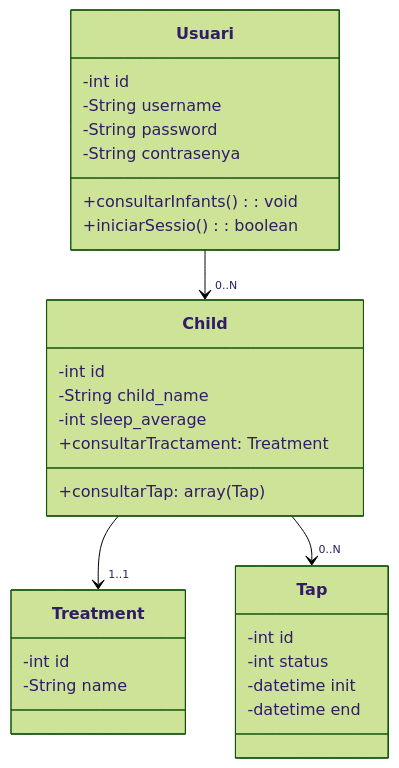
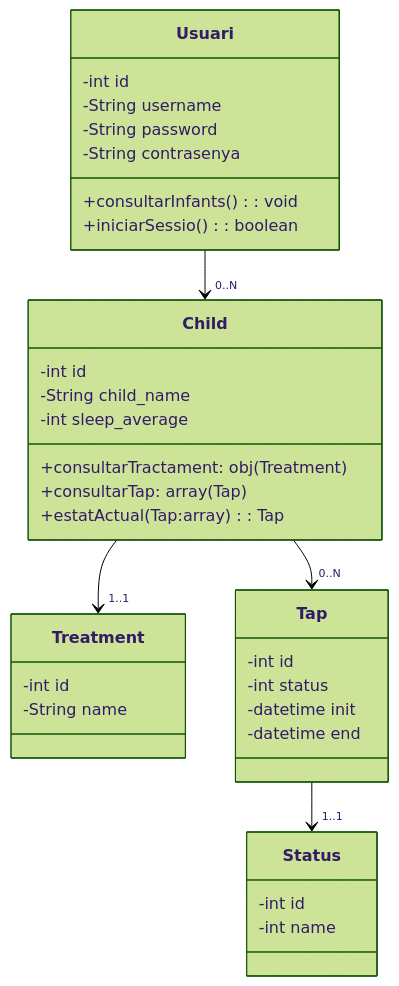
Before and after one commit to amallad2/tapatapp: the diagram in charts/classDiagramTutor.mermaid, drawn with Mermaid (forest theme).

```diff
--- a/charts/classDiagramTutor.mermaid
+++ b/charts/classDiagramTutor.mermaid
@@ -1,34 +1,41 @@
 classDiagram
 Usuari "" --> "0..N" Child
 Child "" --> "1..1" Treatment
 Child "" --> "0..N" Tap
+Tap "" --> "1..1" Status
 
 class Usuari {
         -int id
         -String username
         -String password
         -String contrasenya
         +consultarInfants(): void
         +iniciarSessio(): boolean
 }
 
 class Child{
         -int id
         -String child_name
         -int sleep_average
         
-        +consultarTractament: Treatment
+        +consultarTractament: obj(Treatment)
         +consultarTap: array(Tap)
+        +estatActual(Tap:array): Tap
 }
 
 class Treatment{
         -int id
         -String name
 }
 
 class Tap{
         -int id
         -int status
         -datetime init 
-        -datetime end 
+        -datetime end
 }
+
+class Status{
+        -int id
+        -int name
+}
```
